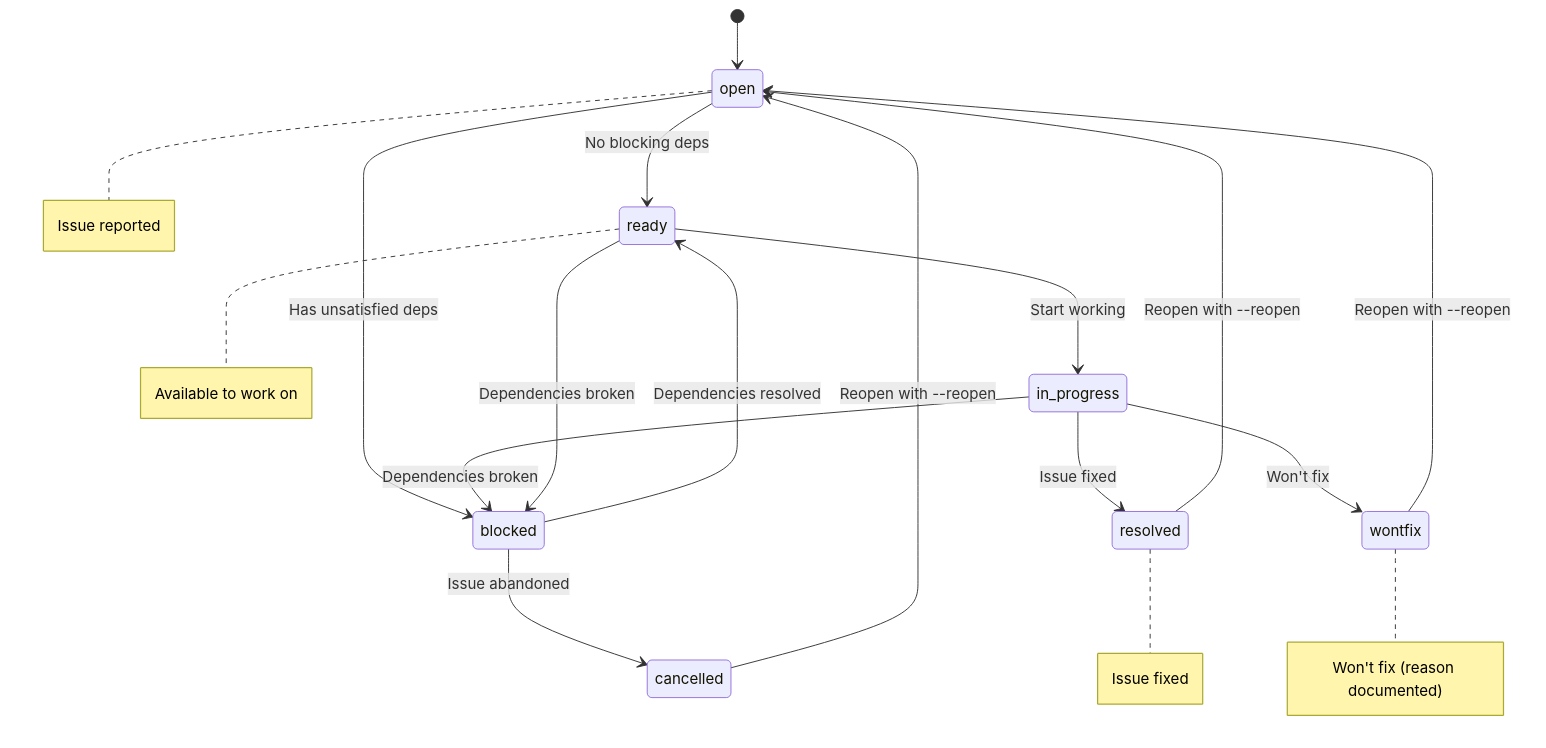
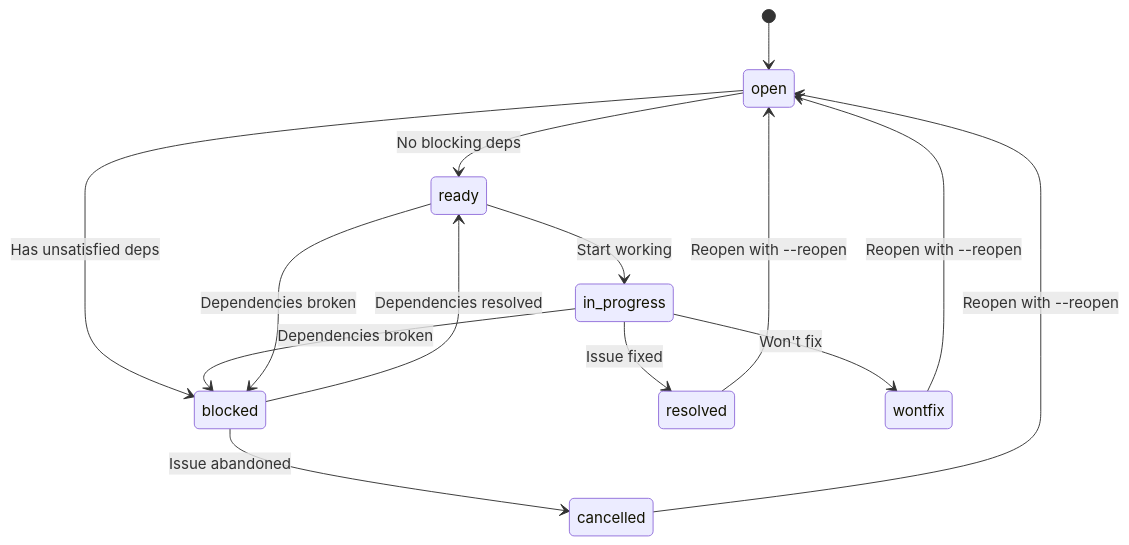
The fifth of 8 diagrams in README.md (sanxzy/mandor), drawn with Mermaid before and after one commit. The commit also changed other lines of this file, not shown here.

First line of the commit message:
fix: remove unsupported Mermaid note annotations for GitHub compatibility

````diff
--- a/README.md
+++ b/README.md
@@ -200,32 +172,16 @@
 ```mermaid
 stateDiagram-v2
     [*] --> open
     open --> ready: No blocking deps
     open --> blocked: Has unsatisfied deps
     ready --> in_progress: Start working
     in_progress --> resolved: Issue fixed
     in_progress --> wontfix: Won't fix
     in_progress --> blocked: Dependencies broken
     ready --> blocked: Dependencies broken
     blocked --> ready: Dependencies resolved
     blocked --> cancelled: Issue abandoned
     resolved --> open: Reopen with --reopen
     wontfix --> open: Reopen with --reopen
     cancelled --> open: Reopen with --reopen
-
-    note right of open
-        Issue reported
-    end note
-
-    note right of ready
-        Available to work on
-    end note
-
-    note right of resolved
-        Issue fixed
-    end note
-
-    note right of wontfix
-        Won't fix (reason documented)
-    end note
 ```
````
